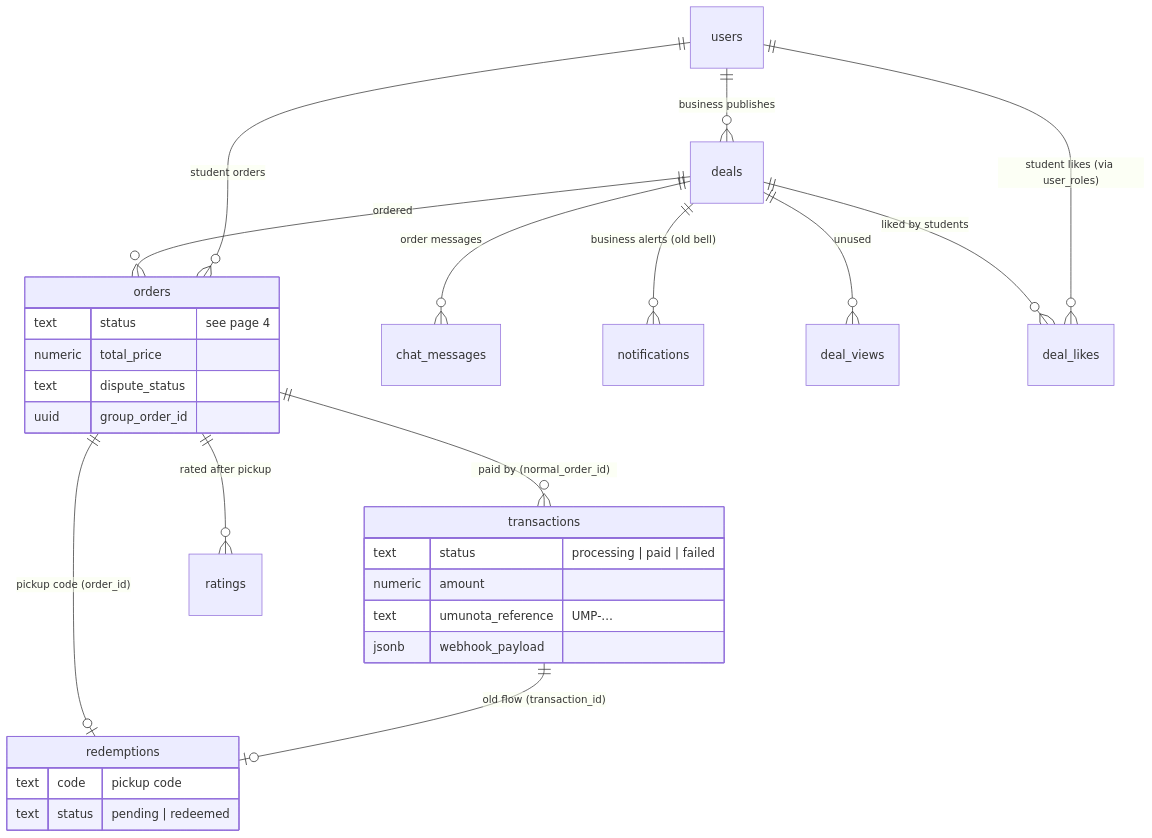
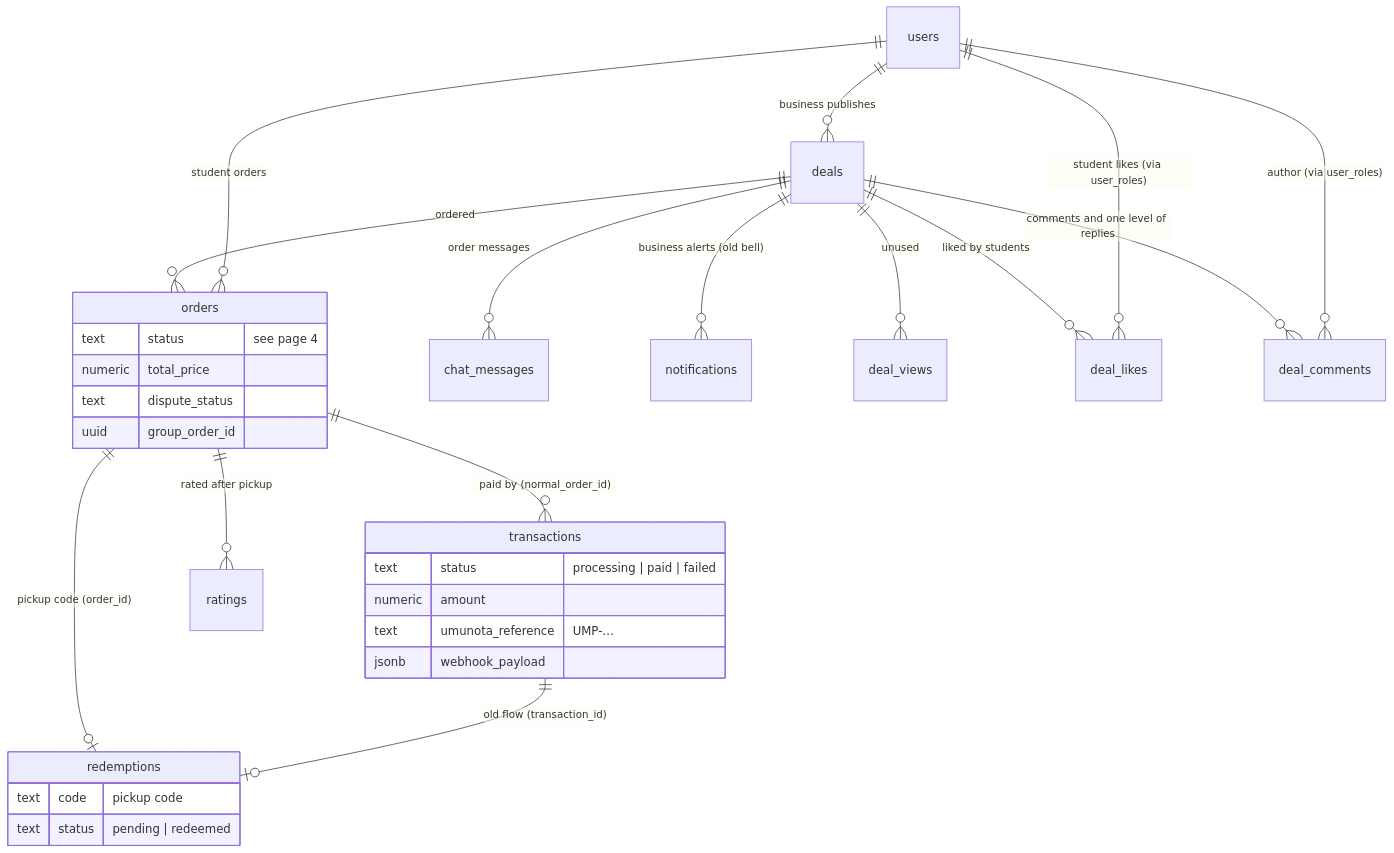
One commit to tangaza360-max/unipicks changed the second of 5 diagrams in docs/architecture/05-data.md. Above: the diagram before and after it, drawn with Mermaid. The commit also changed other lines of this file and 5 other files, not shown here.

First line of the commit message:
feat(social): comments on deals (database)

````diff
--- a/docs/architecture/05-data.md
+++ b/docs/architecture/05-data.md
@@ -37,31 +37,33 @@
 ```mermaid
 erDiagram
   users ||--o{ deals : "business publishes"
   deals ||--o{ orders : "ordered"
   users ||--o{ orders : "student orders"
   orders ||--o{ transactions : "paid by (normal_order_id)"
   orders ||--o| redemptions : "pickup code (order_id)"
   transactions ||--o| redemptions : "old flow (transaction_id)"
   orders ||--o{ ratings : "rated after pickup"
   deals ||--o{ chat_messages : "order messages"
   deals ||--o{ notifications : "business alerts (old bell)"
   deals ||--o{ deal_views : "unused"
   deals ||--o{ deal_likes : "liked by students"
   users ||--o{ deal_likes : "student likes (via user_roles)"
+  deals ||--o{ deal_comments : "comments and one level of replies"
+  users ||--o{ deal_comments : "author (via user_roles)"
   orders {
     text status "see page 4"
     numeric total_price
     text dispute_status
     uuid group_order_id
   }
   transactions {
     text status "processing | paid | failed"
     numeric amount
     text umunota_reference "UMP-…"
     jsonb webhook_payload
   }
   redemptions {
     text code "pickup code"
     text status "pending | redeemed"
   }
 ```
````
